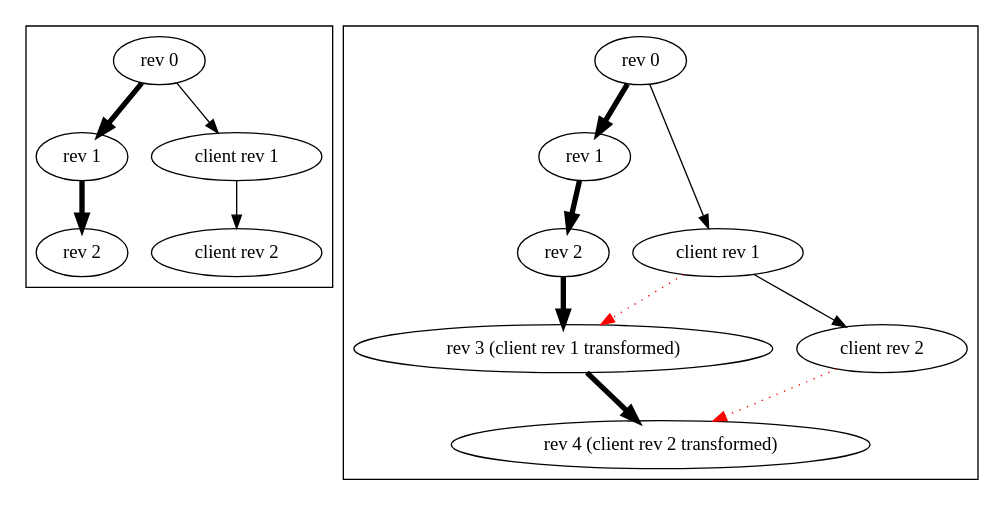
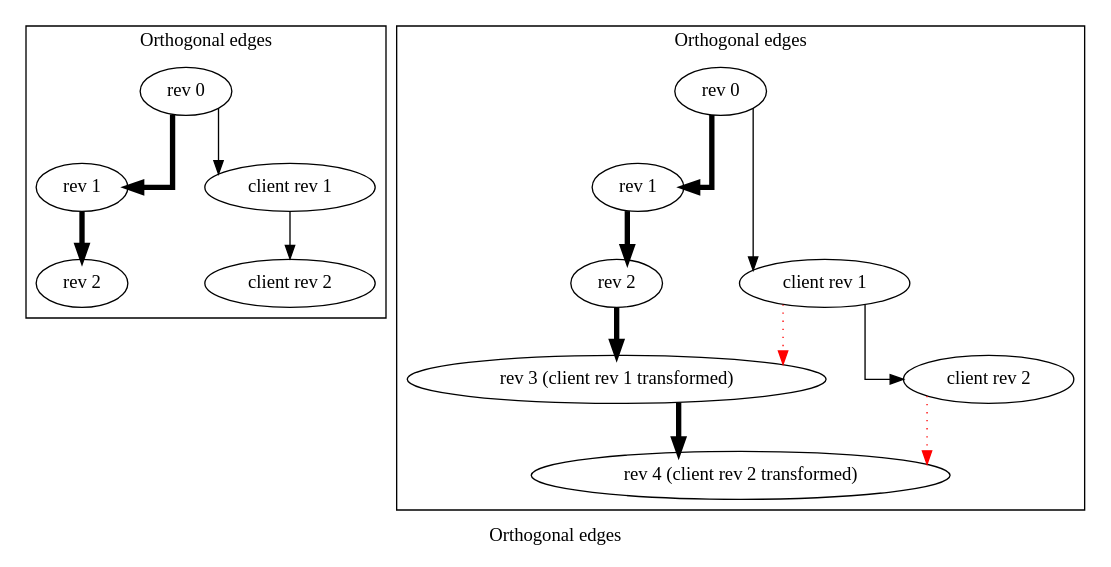
The diagram in doc/merge.dot (kindone/text-versioncontrol), drawn with Graphviz before and after one commit. The commit also changed 6 other files, not shown here.

```diff
--- a/doc/merge.dot
+++ b/doc/merge.dot
@@ -1,30 +1,30 @@
 digraph merge {
-
+  graph [label="Orthogonal edges", splines=ortho, nodesep=0.8]
   subgraph cluster_0 {
     b_rev0 [label="rev 0"]
     b_rev1 [label="rev 1"]
     b_rev2 [label="rev 2"]
     b_client1 [label="client rev 1"]
     b_client2 [label="client rev 2"]
 
     b_rev0 -> b_rev1 -> b_rev2 [penwidth=4]
     b_rev0 -> b_client1 -> b_client2
   }
 
   subgraph cluster_1 {
     rev0 [label="rev 0"]
     rev1 [label="rev 1"]
     rev2 [label="rev 2"]
     client1 [label="client rev 1"]
     client2 [label="client rev 2"]
     client1_ [label="rev 3 (client rev 1 transformed)"]
     client2_ [label="rev 4 (client rev 2 transformed)"]
 
     rev0 -> rev1 -> rev2 [penwidth=4]
     rev2 -> client1_ -> client2_ [penwidth=4]
     rev0 -> client1 -> client2
     client1 -> client1_ [style="dotted", color=red]
     client2 -> client2_ [style="dotted", color=red]
   }
   
 }
```
